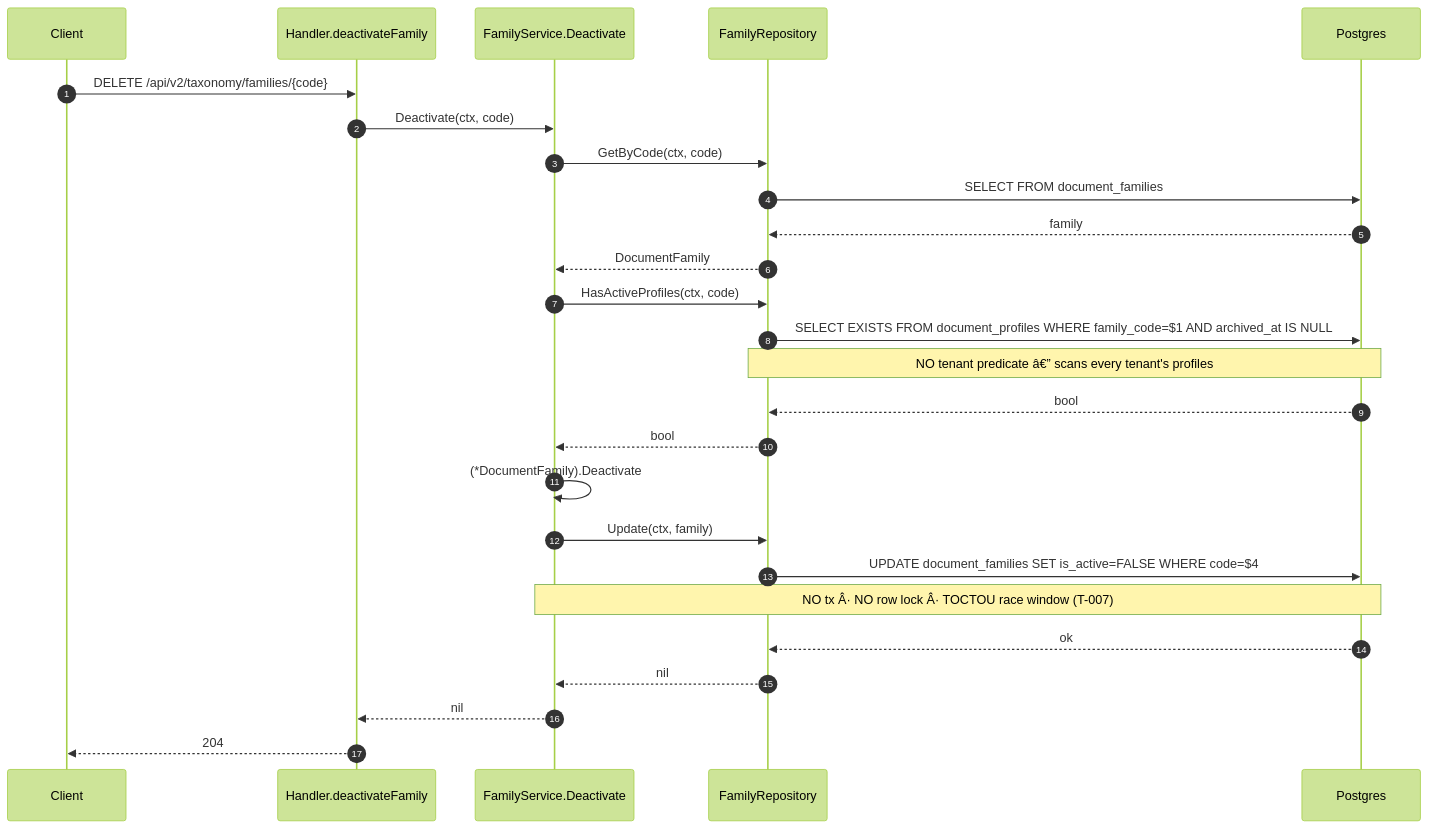
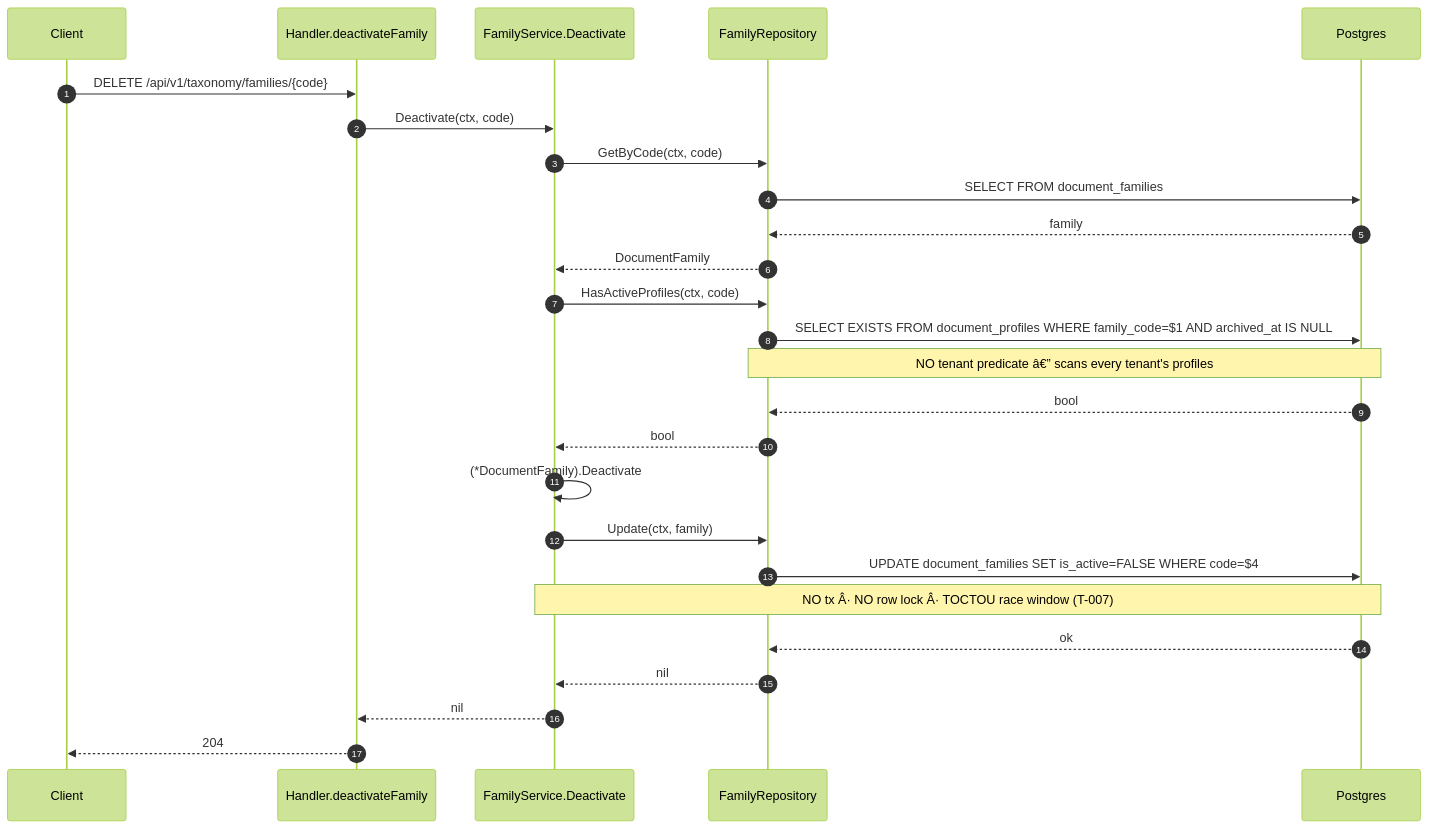
One commit to developmentconexus-ops/MetalDocs changed the fifth of 5 diagrams in wiki/modules/taxonomy.md. Above: the diagram before and after it, drawn with Mermaid (forest theme). The commit also changed other lines of this file and 137 other files, not shown here.

````diff
--- a/wiki/modules/taxonomy.md
+++ b/wiki/modules/taxonomy.md
@@ -265,28 +265,28 @@
 ```mermaid
 sequenceDiagram
     autonumber
     participant C as Client
     participant H as Handler.deactivateFamily
     participant S as FamilyService.Deactivate
     participant R as FamilyRepository
     participant DB as Postgres
-    C->>H: DELETE /api/v2/taxonomy/families/{code}
+    C->>H: DELETE /api/v1/taxonomy/families/{code}
     H->>S: Deactivate(ctx, code)
     S->>R: GetByCode(ctx, code)
     R->>DB: SELECT FROM document_families
     DB-->>R: family
     R-->>S: DocumentFamily
     S->>R: HasActiveProfiles(ctx, code)
     R->>DB: SELECT EXISTS FROM document_profiles WHERE family_code=$1 AND archived_at IS NULL
     Note over R,DB: NO tenant predicate â€” scans every tenant's profiles
     DB-->>R: bool
     R-->>S: bool
     S->>S: (*DocumentFamily).Deactivate
     S->>R: Update(ctx, family)
     R->>DB: UPDATE document_families SET is_active=FALSE WHERE code=$4
     Note over S,DB: NO tx Â· NO row lock Â· TOCTOU race window (T-007)
     DB-->>R: ok
     R-->>S: nil
     S-->>H: nil
     H-->>C: 204
 ```
````
